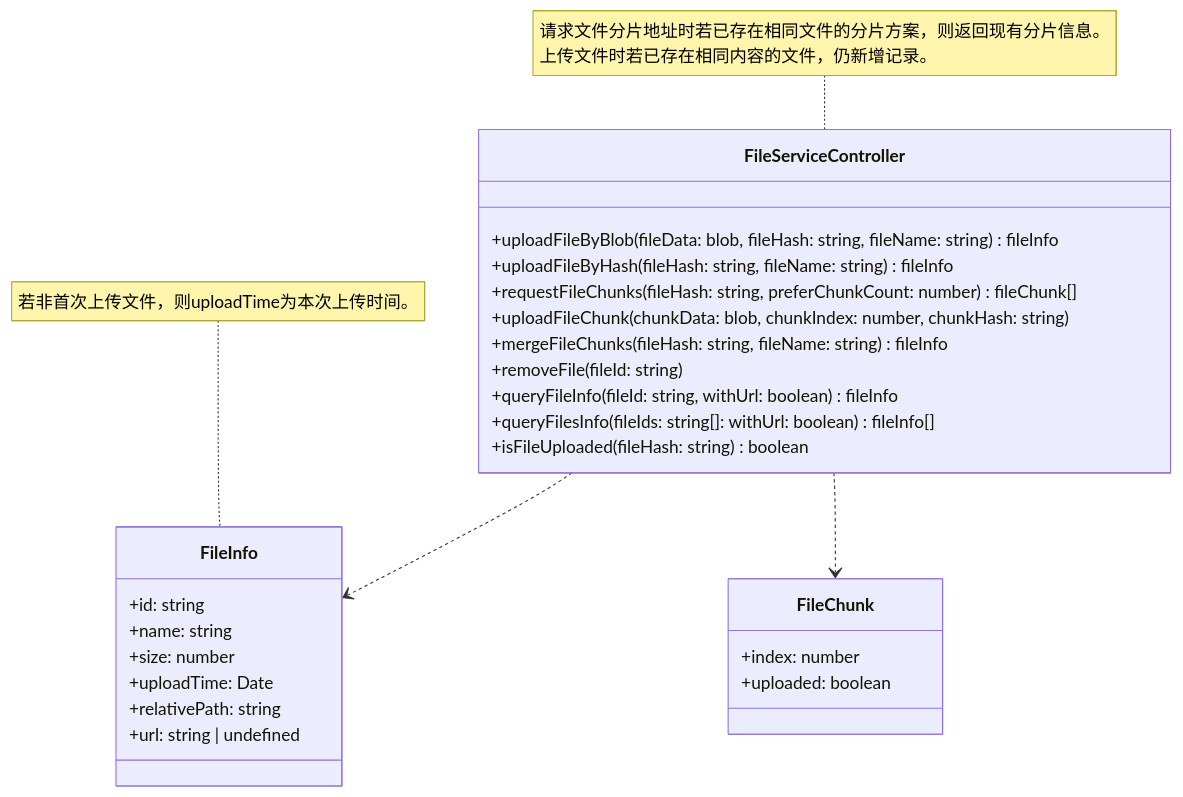
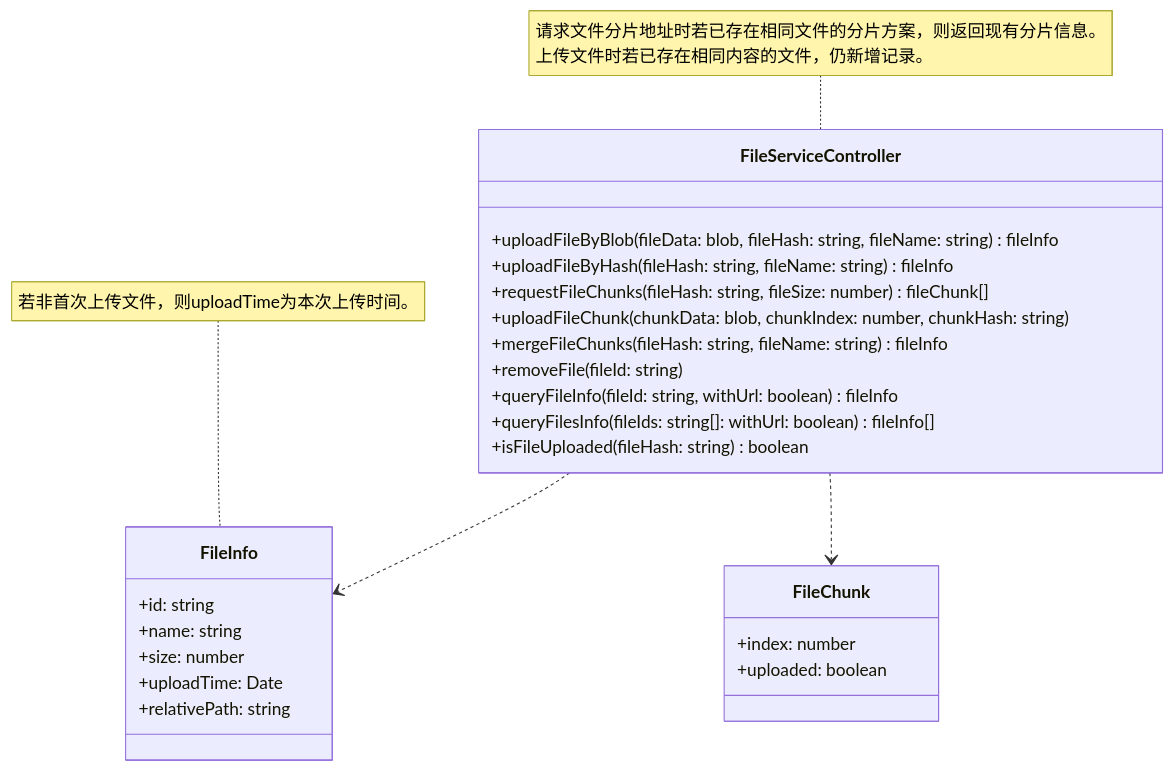
Before and after one commit to niuiic/file-service: the second of 11 diagrams in README.md, drawn with Mermaid. The commit also changed 15 other files, not shown here.

````diff
--- a/README.md
+++ b/README.md
@@ -67,35 +67,34 @@
 ```mermaid
 classDiagram
     note for FileServiceController "请求文件分片地址时若已存在相同文件的分片方案，则返回现有分片信息。<br>上传文件时若已存在相同内容的文件，仍新增记录。"
     FileServiceController ..> FileInfo
     FileServiceController ..> FileChunk
     class FileServiceController {
         %% create
         +uploadFileByBlob(fileData: blob, fileHash: string, fileName: string) fileInfo
         +uploadFileByHash(fileHash: string, fileName: string) fileInfo
-        +requestFileChunks(fileHash: string, preferChunkCount: number) fileChunk[]
+        +requestFileChunks(fileHash: string, fileSize: number) fileChunk[]
         +uploadFileChunk(chunkData: blob, chunkIndex: number, chunkHash: string)
         +mergeFileChunks(fileHash: string, fileName: string) fileInfo
         %% delete
         +removeFile(fileId: string)
         %% query
         +queryFileInfo(fileId: string, withUrl: boolean) fileInfo
         +queryFilesInfo(fileIds: string[]: withUrl: boolean) fileInfo[]
         +isFileUploaded(fileHash: string) boolean
     }
 
     note for FileInfo "若非首次上传文件，则uploadTime为本次上传时间。"
     class FileInfo {
         +id: string
         +name: string
         +size: number
         +uploadTime: Date
         +relativePath: string
-        +url: string | undefined
     }
 
     class FileChunk {
         +index: number
         +uploaded: boolean
     }
 ```
````
